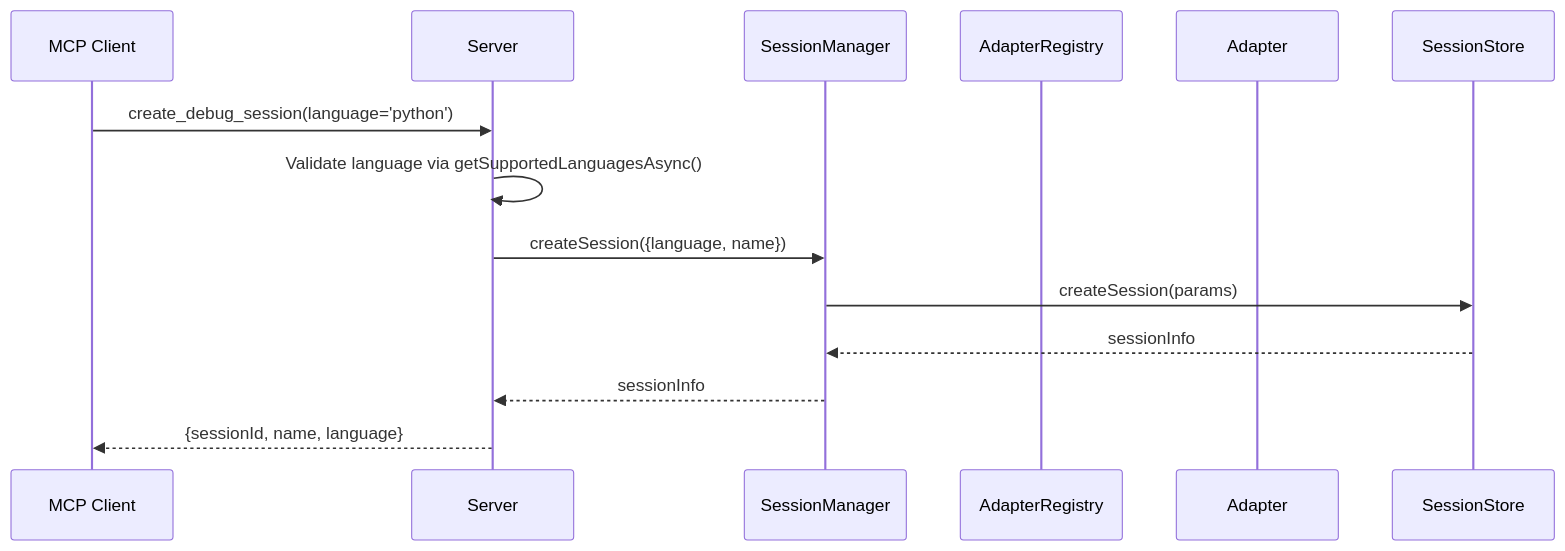
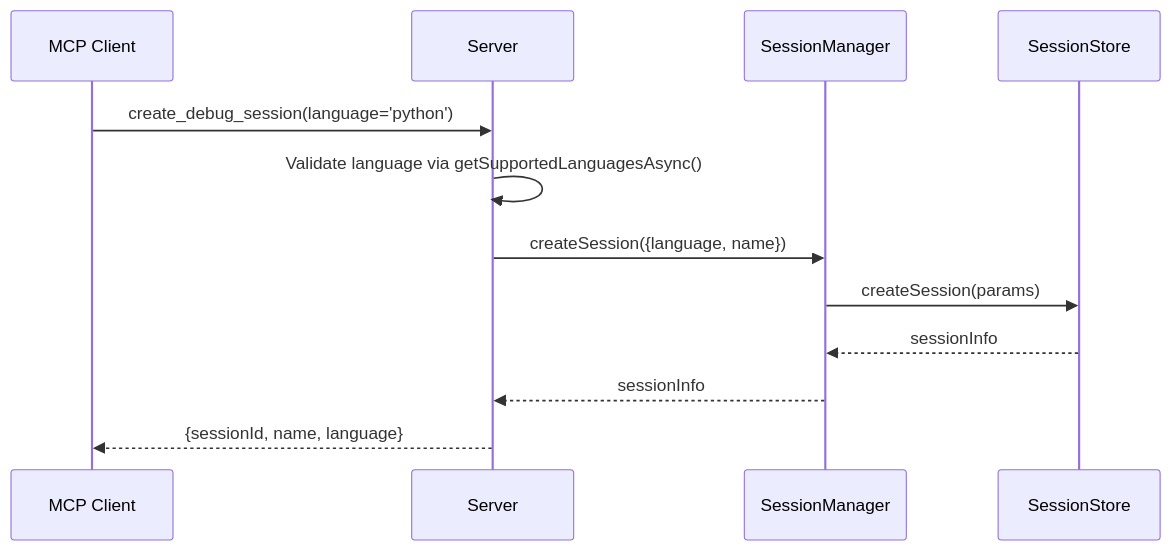
One commit to debugmcp/mcp-debugger changed the second of 4 diagrams in docs/architecture/adapter-pattern-design.md. Above: the diagram before and after it, drawn with Mermaid. The commit also changed other lines of this file and 111 other files, not shown here.

````diff
--- a/docs/architecture/adapter-pattern-design.md
+++ b/docs/architecture/adapter-pattern-design.md
@@ -189,17 +191,15 @@
 ```mermaid
 sequenceDiagram
     participant C as MCP Client
     participant S as Server
     participant SM as SessionManager
-    participant AR as AdapterRegistry
-    participant A as Adapter
     participant SS as SessionStore
     
     C->>S: create_debug_session(language='python')
     S->>S: Validate language via getSupportedLanguagesAsync()
     S->>SM: createSession({language, name})
     SM->>SS: createSession(params)
     SS-->>SM: sessionInfo
     SM-->>S: sessionInfo
     S-->>C: {sessionId, name, language}
 ```
````
